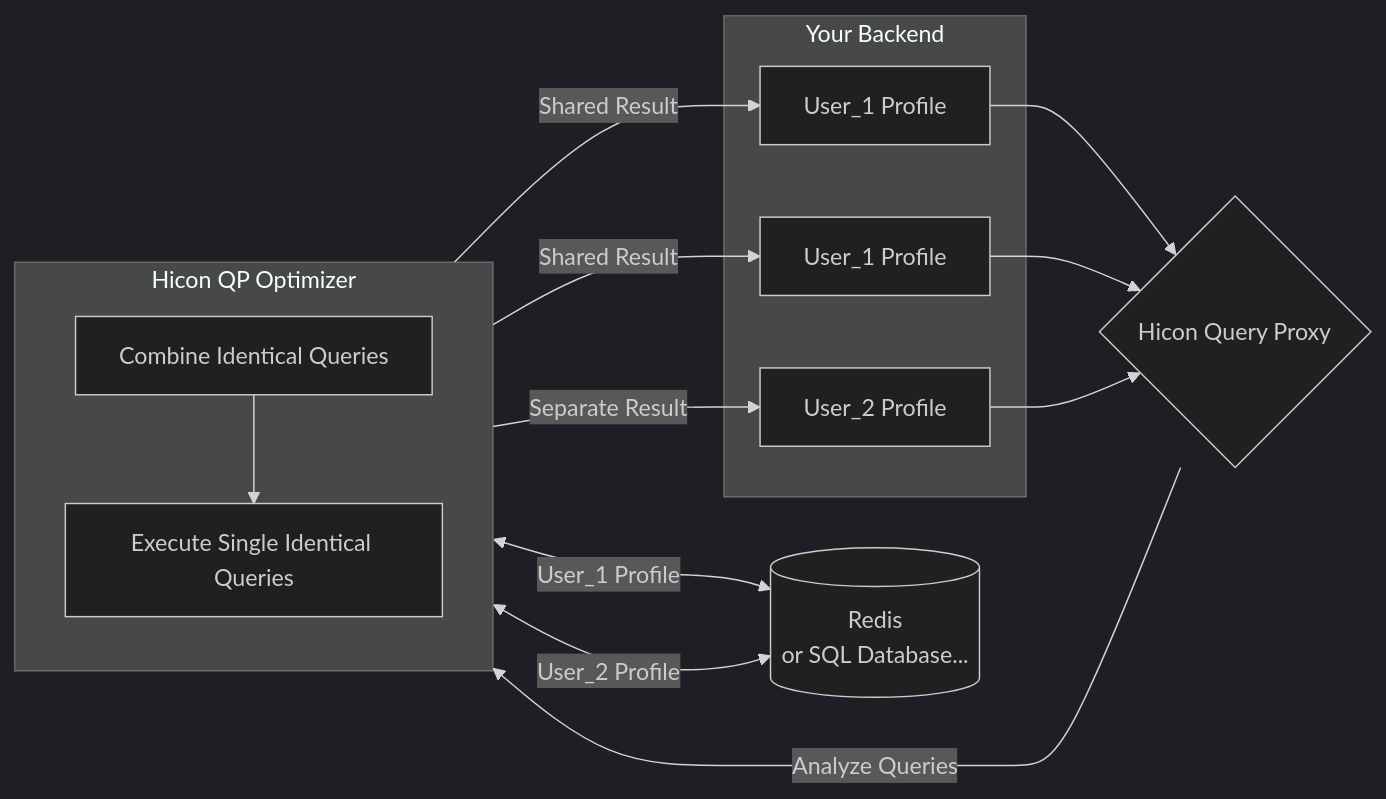
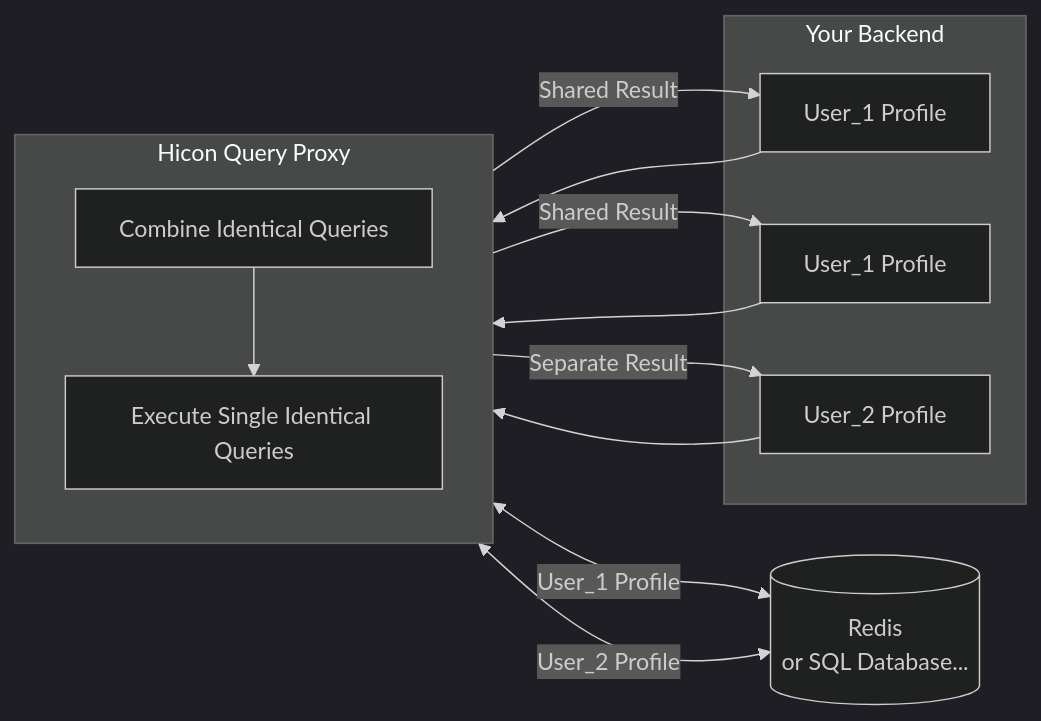
The diagram in README.md (vothanhdo2602/hicon-go), drawn with Mermaid (dark theme) before and after one commit.

````diff
--- a/README.md
+++ b/README.md
@@ -5,27 +5,24 @@
 ```mermaid
 flowchart LR
     subgraph Your Backend
         B1[User_1 Profile]
         B2[User_1 Profile]
         B3[User_2 Profile]
     end
 
-    QP{Hicon Query Proxy}
-
-    subgraph Hicon QP Optimizer
+    subgraph Hicon Query Proxy
         direction TB
         combine[Combine Identical Queries]
         execute[Execute Single Identical Queries]
     end
 
     DB[(Redis\nor SQL Database...)]
-    B1 & B2 --> QP
-    B3 --> QP
-    QP -->|Analyze Queries| combine
+    B1 & B2 --> combine
+    B3 --> combine
     combine --> execute
     execute <-->|User_1 Profile| DB
     execute <-->|User_2 Profile| DB
     execute -->|Shared Result| B1
     execute -->|Shared Result| B2
     execute -->|Separate Result| B3
 ```
````
